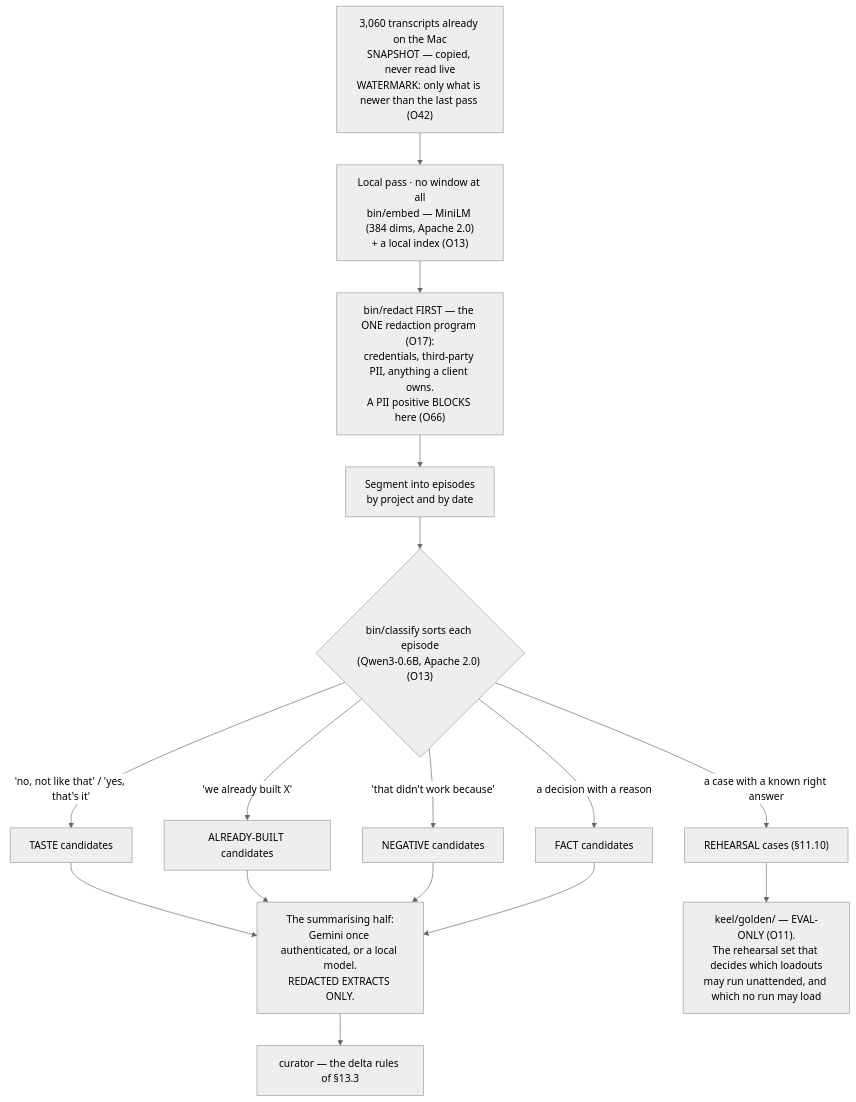
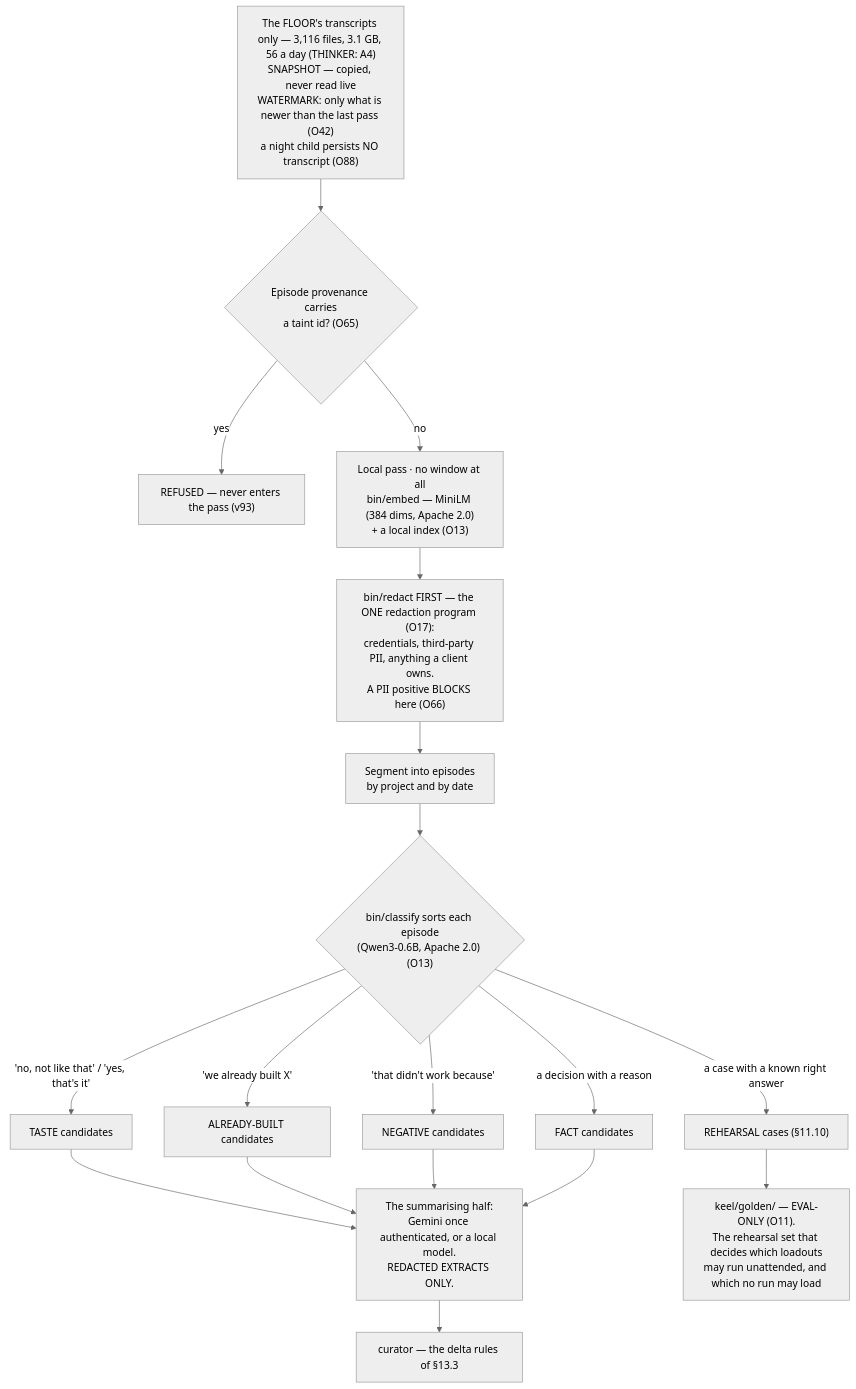
One commit to Adam077K/agentvibe changed the third of 4 diagrams in docs/03-system-design/final-v2/parts/13-memory-and-knowledge.md. Above: the diagram before and after it, drawn with Mermaid (neutral theme). The commit also changed other lines of this file and 2 other files, not shown here.

````diff
--- a/docs/03-system-design/final-v2/parts/13-memory-and-knowledge.md
+++ b/docs/03-system-design/final-v2/parts/13-memory-and-knowledge.md
@@ -283,15 +356,17 @@
 ```mermaid
 flowchart TD
-    TR["3,060 transcripts already on the Mac<br/>SNAPSHOT — copied, never read live<br/>WATERMARK: only what is newer than the last pass (O42)"] --> LOCAL["Local pass · no window at all<br/>bin/embed — MiniLM (384 dims, Apache 2.0)<br/>+ a local index (O13)"]
+    TR["The FLOOR's transcripts only — 3,116 files, 3.1 GB, 56 a day (THINKER: A4)<br/>SNAPSHOT — copied, never read live<br/>WATERMARK: only what is newer than the last pass (O42)<br/>a night child persists NO transcript (O88)"] --> TAINT{"Episode provenance carries<br/>a taint id? (O65)"}
+    TAINT -->|"yes"| REFUSED["REFUSED — never enters the pass (v93)"]
+    TAINT -->|"no"| LOCAL["Local pass · no window at all<br/>bin/embed — MiniLM (384 dims, Apache 2.0)<br/>+ a local index (O13)"]
     LOCAL --> RED["bin/redact FIRST — the ONE redaction program (O17):<br/>credentials, third-party PII, anything a client owns.<br/>A PII positive BLOCKS here (O66)"]
     RED --> SEG["Segment into episodes<br/>by project and by date"]
     SEG --> MINE{"bin/classify sorts each episode<br/>(Qwen3-0.6B, Apache 2.0) (O13)"}
     MINE -->|"'no, not like that' / 'yes, that's it'"| TASTE["TASTE candidates"]
     MINE -->|"'we already built X'"| BUILT["ALREADY-BUILT candidates"]
     MINE -->|"'that didn't work because'"| NEG["NEGATIVE candidates"]
     MINE -->|"a decision with a reason"| FACT["FACT candidates"]
     MINE -->|"a case with a known right answer"| REH["REHEARSAL cases (§11.10)"]
     TASTE & BUILT & NEG & FACT --> SUM["The summarising half:<br/>Gemini once authenticated, or a local model.<br/>REDACTED EXTRACTS ONLY."]
     SUM --> CUR["curator — the delta rules of §13.3"]
     REH --> BENCH["keel/golden/ — EVAL-ONLY (O11).<br/>The rehearsal set that decides which loadouts<br/>may run unattended, and which no run may load"]
 ```
````
